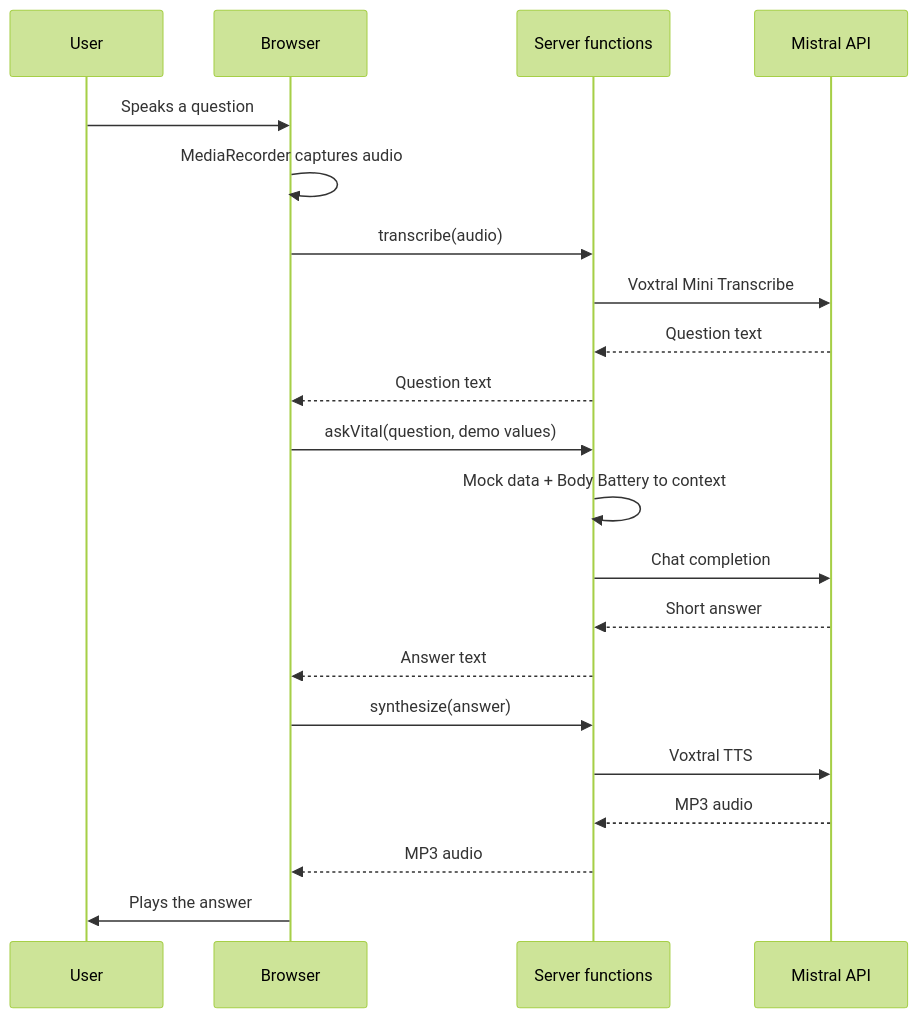
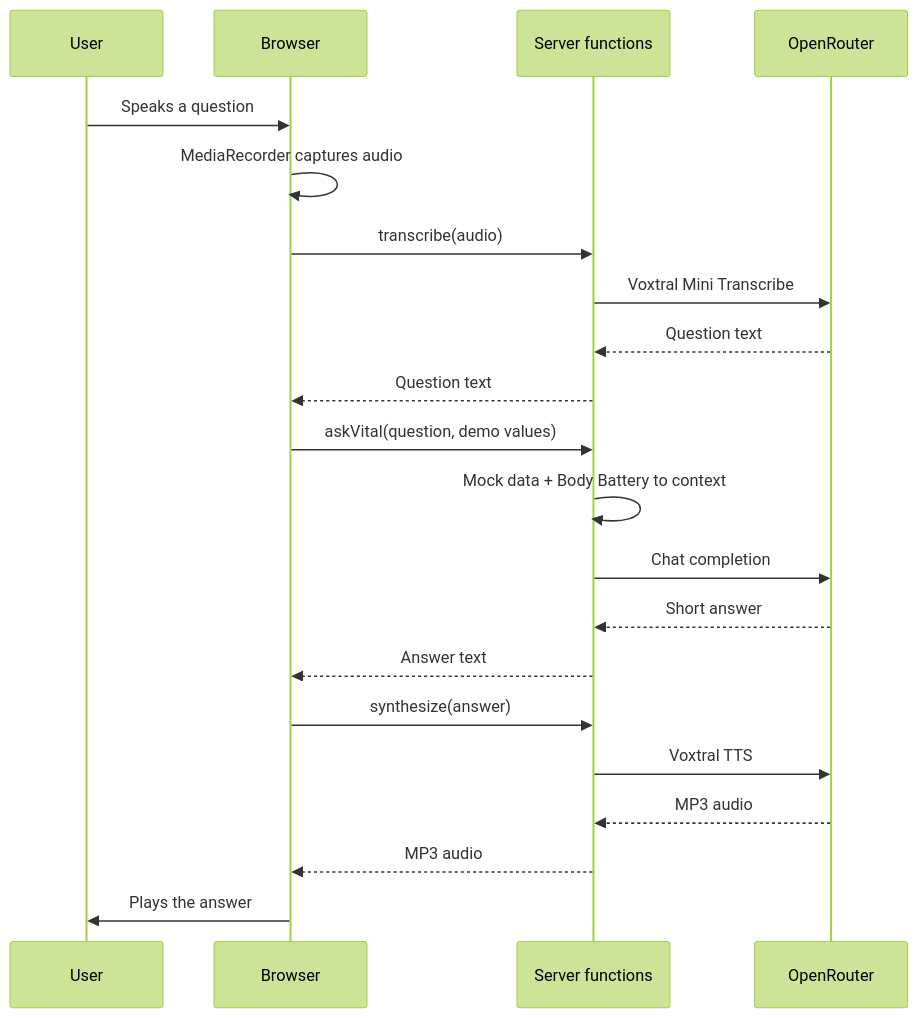
The diagram in docs/architecture.mdx (vitalvie/vital), drawn with Mermaid (forest theme) before and after one commit. The commit also changed other lines of this file and 19 other files, not shown here.

First line of the commit message:
feat(web): route chat and voice through OpenRouter (#50)

````diff
--- a/docs/architecture.mdx
+++ b/docs/architecture.mdx
@@ -27,23 +27,23 @@
 ```mermaid
 sequenceDiagram
   participant U as User
   participant B as Browser
   participant S as Server functions
-  participant M as Mistral API
+  participant M as OpenRouter
   U->>B: Speaks a question
   B->>B: MediaRecorder captures audio
   B->>S: transcribe(audio)
   S->>M: Voxtral Mini Transcribe
   M-->>S: Question text
   S-->>B: Question text
   B->>S: askVital(question, demo values)
   S->>S: Mock data + Body Battery to context
   S->>M: Chat completion
   M-->>S: Short answer
   S-->>B: Answer text
   B->>S: synthesize(answer)
   S->>M: Voxtral TTS
   M-->>S: MP3 audio
   S-->>B: MP3 audio
   B->>U: Plays the answer
 ```
````
